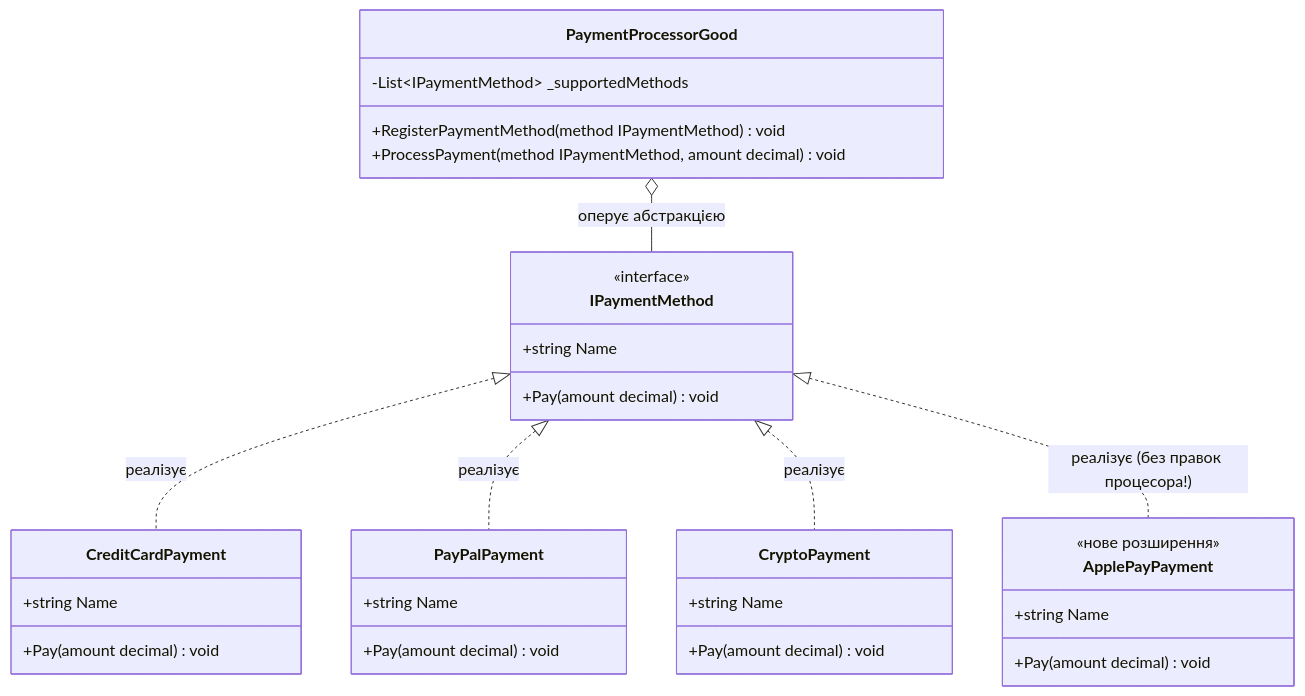
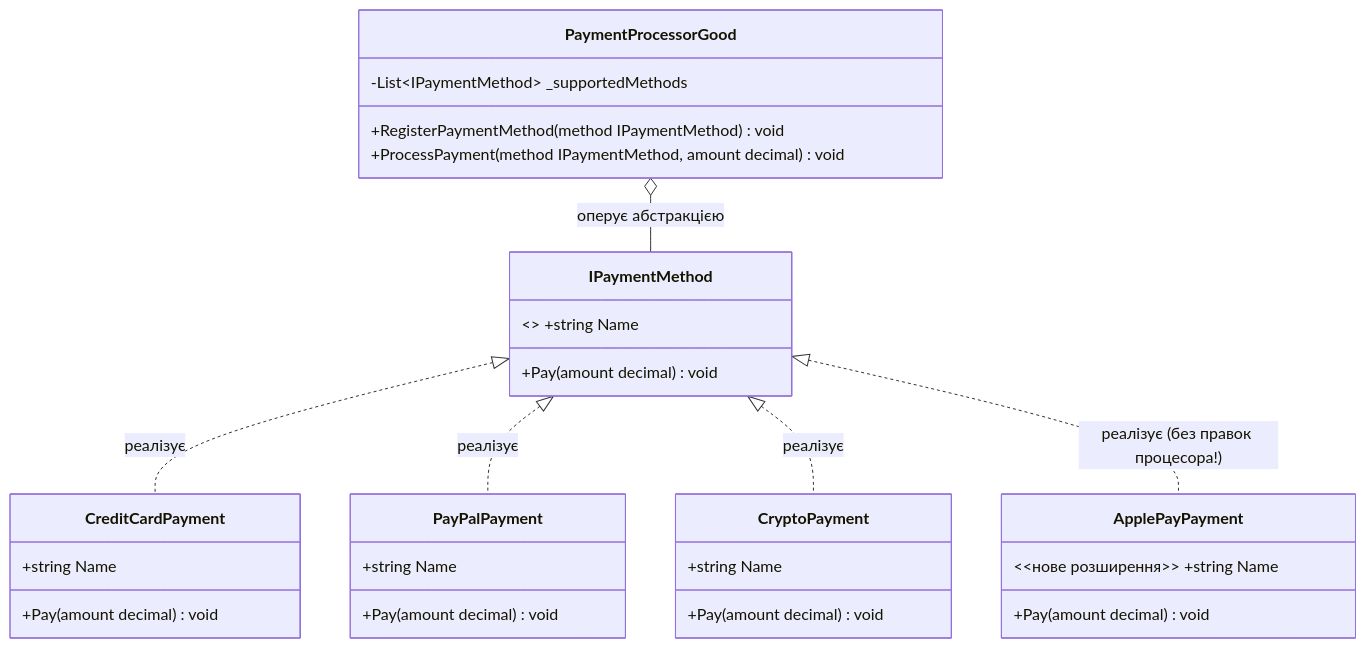
The second of 3 diagrams in 08-Architecture-And-Patterns/01-SOLID-Principles/OOP - SOLID/Docs/02_Open_Closed_Principle.md (MrTomkaYurii/CSharp-OOP-Mastery), drawn with Mermaid before and after one commit. The commit also changed other lines of this file and 246 other files, not shown here.

Commit message:
feat(architecture): restructure 08 around SOLID, Generic Host (Config & Logging), DI, AutoMapper, Spectre.Console and 3-tier EF Core app

````diff
--- a/08-Architecture-And-Patterns/01-SOLID-Principles/OOP - SOLID/Docs/02_Open_Closed_Principle.md
+++ b/08-Architecture-And-Patterns/01-SOLID-Principles/OOP - SOLID/Docs/02_Open_Closed_Principle.md
@@ -183,42 +184,40 @@
 ```mermaid
 classDiagram
     class IPaymentMethod {
-        <<interface>>
-        +string Name
+        <<interface>> +string Name
         +Pay(amount decimal) void
     }
 
     class CreditCardPayment {
         +string Name
         +Pay(amount decimal) void
     }
 
     class PayPalPayment {
         +string Name
         +Pay(amount decimal) void
     }
 
     class CryptoPayment {
         +string Name
         +Pay(amount decimal) void
     }
 
     class ApplePayPayment {
-        <<нове розширення>>
-        +string Name
+        <<нове розширення>> +string Name
         +Pay(amount decimal) void
     }
 
     class PaymentProcessorGood {
         -List~IPaymentMethod~ _supportedMethods
         +RegisterPaymentMethod(method IPaymentMethod) void
         +ProcessPayment(method IPaymentMethod, amount decimal) void
     }
 
     IPaymentMethod <|.. CreditCardPayment : реалізує
     IPaymentMethod <|.. PayPalPayment : реалізує
     IPaymentMethod <|.. CryptoPayment : реалізує
     IPaymentMethod <|.. ApplePayPayment : реалізує (без правок процесора!)
 
     PaymentProcessorGood o-- IPaymentMethod : оперує абстракцією
 ```
````
